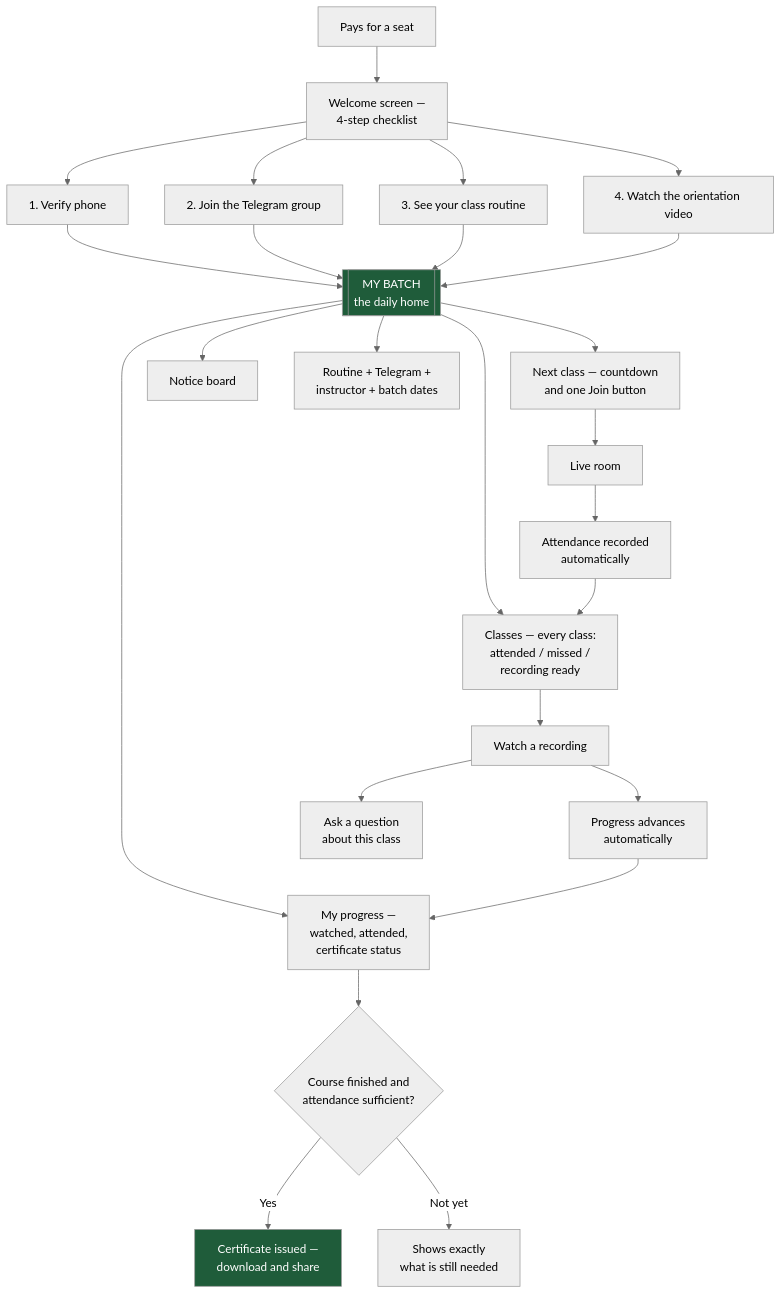
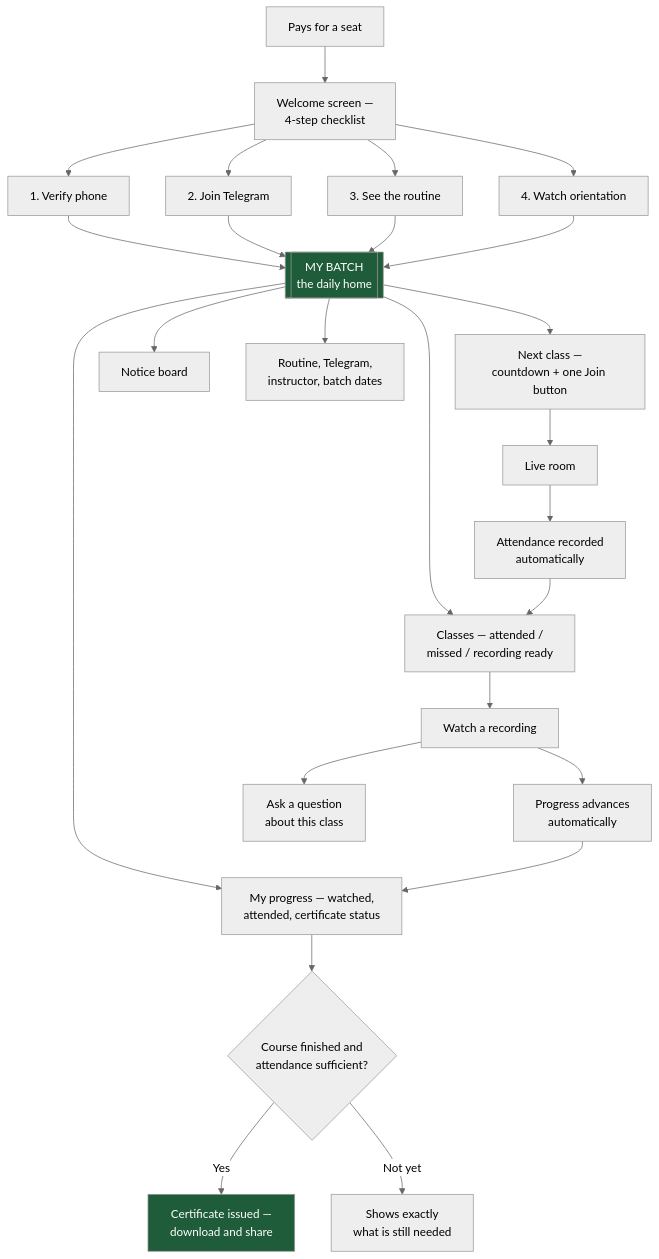
The second of 7 diagrams in STUDENT_UX_ENHANCEMENT_PLAN.md (tdottahmed/tradingchart-planing), drawn with Mermaid (neutral theme) before and after one commit. The commit also changed other lines of this file and 1 other file, not shown here.

````diff
--- a/STUDENT_UX_ENHANCEMENT_PLAN.md
+++ b/STUDENT_UX_ENHANCEMENT_PLAN.md
@@ -308,32 +277,32 @@
 ```mermaid
 flowchart TD
     A["Pays for a seat"] --> B["Welcome screen —<br/>4-step checklist"]
     B --> B1["1. Verify phone"]
-    B --> B2["2. Join the Telegram group"]
-    B --> B3["3. See your class routine"]
-    B --> B4["4. Watch the orientation video"]
+    B --> B2["2. Join Telegram"]
+    B --> B3["3. See the routine"]
+    B --> B4["4. Watch orientation"]
 
     B1 & B2 & B3 & B4 --> C[["MY BATCH<br/>the daily home"]]
 
-    C --> D["Next class — countdown<br/>and one Join button"]
-    C --> E["Classes — every class:<br/>attended / missed /<br/>recording ready"]
+    C --> D["Next class —<br/>countdown + one Join button"]
+    C --> E["Classes — attended /<br/>missed / recording ready"]
     C --> F["Notice board"]
-    C --> G["Routine + Telegram +<br/>instructor + batch dates"]
-    C --> H["My progress —<br/>watched, attended,<br/>certificate status"]
+    C --> G["Routine, Telegram,<br/>instructor, batch dates"]
+    C --> H["My progress — watched,<br/>attended, certificate status"]
 
     D --> I["Live room"]
     I --> J["Attendance recorded<br/>automatically"]
     J --> E
 
     E --> K["Watch a recording"]
     K --> L["Progress advances<br/>automatically"]
     K --> M["Ask a question<br/>about this class"]
     L --> H
 
     H --> N{"Course finished and<br/>attendance sufficient?"}
     N -->|Yes| O["Certificate issued —<br/>download and share"]
     N -->|Not yet| P["Shows exactly<br/>what is still needed"]
 
     style C fill:#1f5c3a,color:#fff
     style O fill:#1f5c3a,color:#fff
 ```
````
